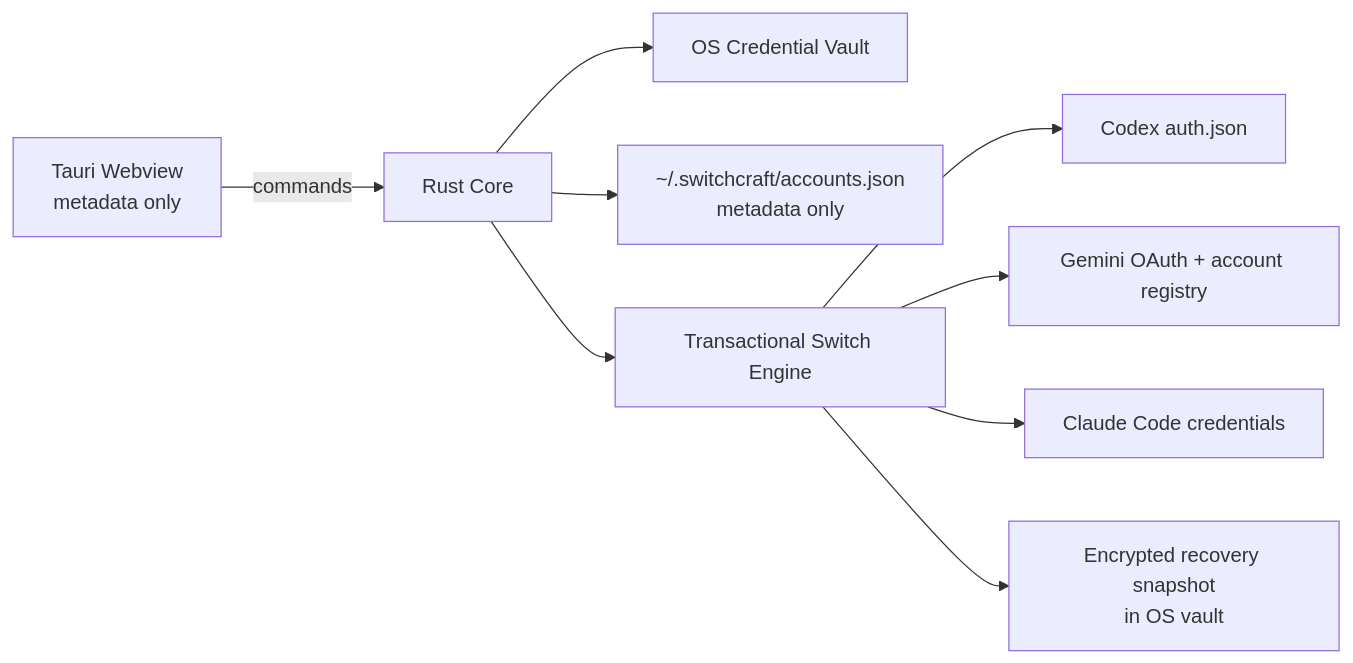
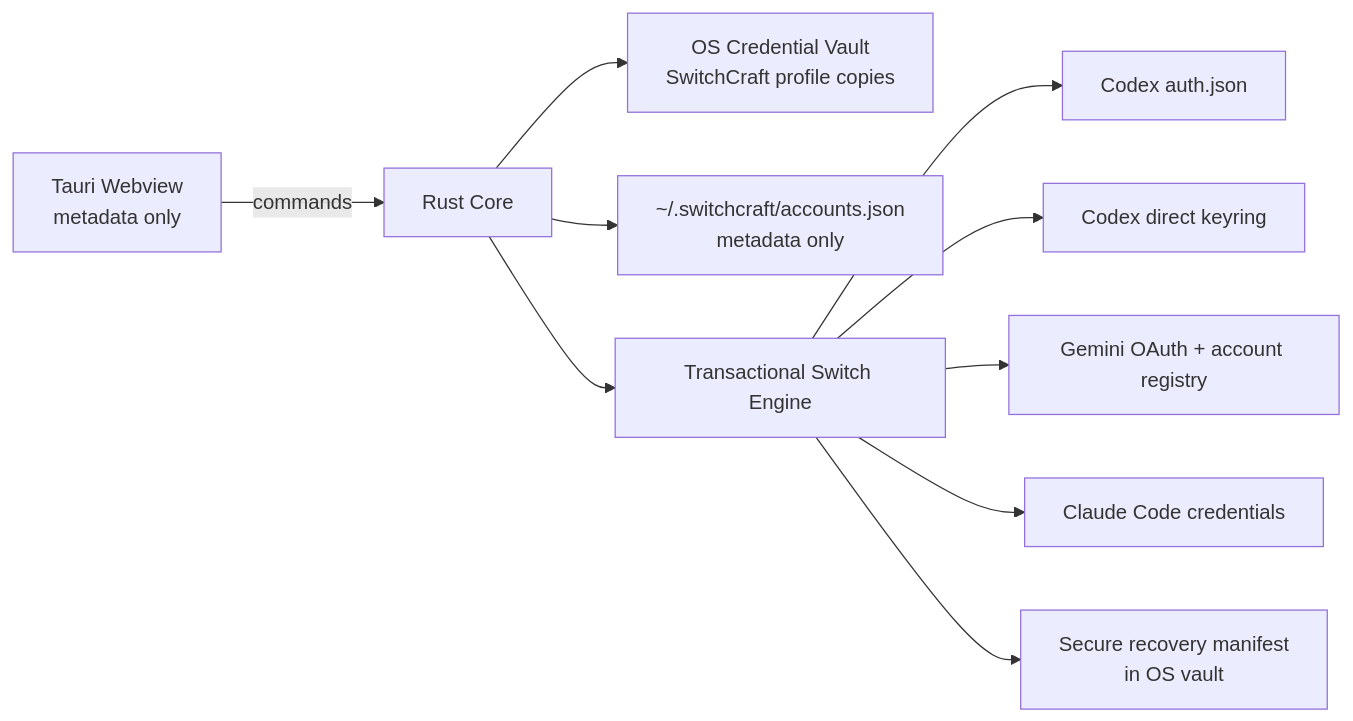
One commit to dannymaaz/SwitchCraft changed the diagram in README.md. Above: the diagram before and after it, drawn with Mermaid. The commit also changed other lines of this file and 16 other files, not shown here.

First line of the commit message:
SwitchCraft v1.2.0 release preparation and CI hardening

````diff
--- a/README.md
+++ b/README.md
@@ -44,11 +43,12 @@
 ```mermaid
 flowchart LR
     UI["Tauri Webview\nmetadata only"] -->|commands| CORE["Rust Core"]
-    CORE --> VAULT["OS Credential Vault"]
+    CORE --> VAULT["OS Credential Vault\nSwitchCraft profile copies"]
     CORE --> META["~/.switchcraft/accounts.json\nmetadata only"]
     CORE --> TX["Transactional Switch Engine"]
-    TX --> CODEX["Codex auth.json"]
+    TX --> CODEX_FILE["Codex auth.json"]
+    TX --> CODEX_KEYRING["Codex direct keyring"]
     TX --> GEMINI["Gemini OAuth + account registry"]
     TX --> CLAUDE["Claude Code credentials"]
-    TX --> RECOVERY["Encrypted recovery snapshot\nin OS vault"]
+    TX --> RECOVERY["Secure recovery manifest\nin OS vault"]
 ```
````
